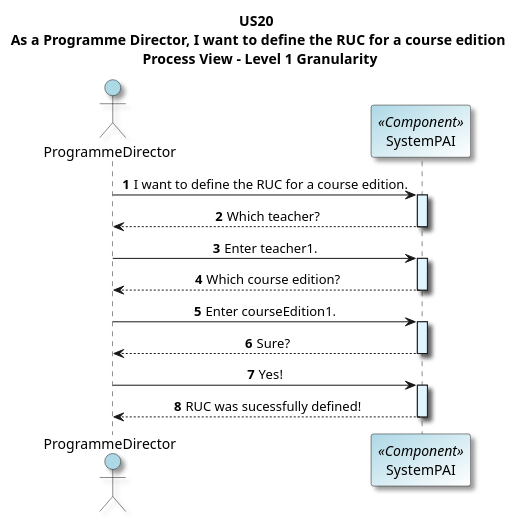
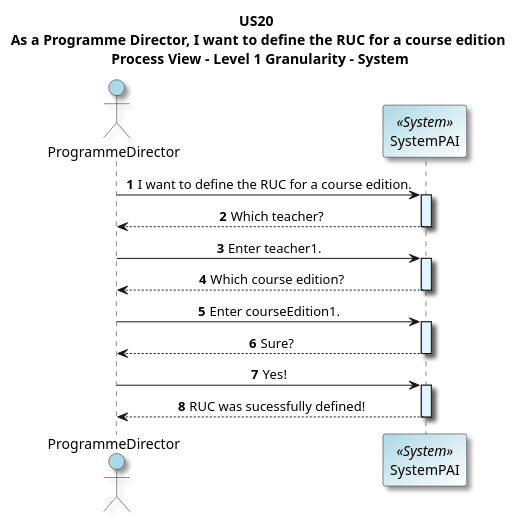
One commit to GasparISEP/DevOps-PAI changed the diagram in docs/US20/sprint6_RestAPI/processView/DefineRUCForACourseEdition_Level1Granularity.puml. Above: the diagram before and after it, drawn with PlantUML. The commit also changed 1 other file, not shown here.

Commit message:
Refs #545 #536. Minor updates on process view diagrams with level 1 and 2 of granularity for define the RUC for a course edition functionality

```diff
--- a/docs/US20/sprint6_RestAPI/processView/DefineRUCForACourseEdition_Level1Granularity.puml
+++ b/docs/US20/sprint6_RestAPI/processView/DefineRUCForACourseEdition_Level1Granularity.puml
@@ -1,39 +1,39 @@
 @startuml
 
-title US20 \n As a Programme Director, I want to define the RUC for a course edition \n Process View - Level 1 Granularity
+title US20 \n As a Programme Director, I want to define the RUC for a course edition \n Process View - Level 1 Granularity - System
 
 skinparam titleFontName "Verdana"
 skinparam defaultFontName "Verdana"
 skinparam defaultTextAlignment center
 skinparam shadowing true
 skinparam actorBackgroundColor #lightblue
 skinparam participantBackgroundColor #lightblue/white
 autonumber
 
 actor ProgrammeDirector as PD
-participant "SystemPAI" as System <<Component>>
+participant "SystemPAI" as System <<System>>
 
 PD -> System: I want to define the RUC for a course edition.
 activate System #E1F5FE
 
 System --> PD: Which teacher?
 deactivate System
 
 PD -> System: Enter teacher1.
 activate System #E1F5FE
 
 System --> PD: Which course edition?
 deactivate System
 
 PD -> System: Enter courseEdition1.
 activate System #E1F5FE
 
 System --> PD: Sure?
 deactivate System
 
 PD -> System: Yes!
 activate System #E1F5FE
 
 System --> PD: RUC was sucessfully defined!
 deactivate System
 @enduml
```
